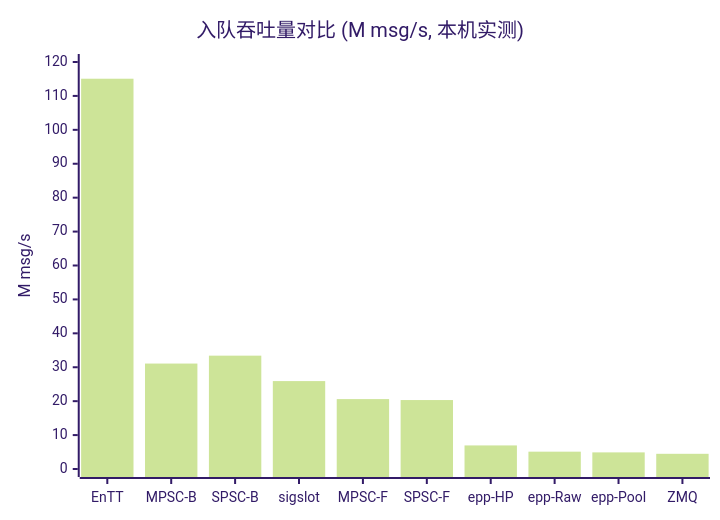
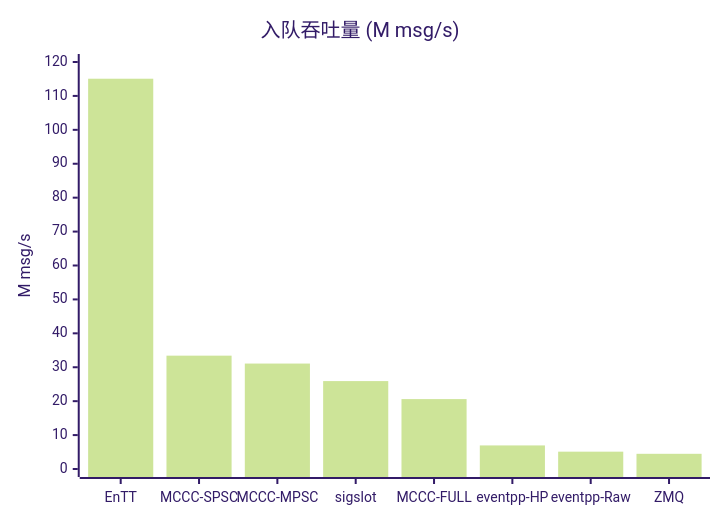
The first of 3 diagrams in content/posts/mccc/MCCC_Competitive_Analysis.md (DeguiLiu/tech-notes), drawn with Mermaid (forest theme) before and after one commit. The commit also changed other lines of this file and 2 other files, not shown here.

````diff
--- a/content/posts/mccc/MCCC_Competitive_Analysis.md
+++ b/content/posts/mccc/MCCC_Competitive_Analysis.md
@@ -144,7 +76,7 @@
 ```mermaid
 xychart-beta
-    title "入队吞吐量对比 (M msg/s, 本机实测)"
-    x-axis ["EnTT", "MPSC-B", "SPSC-B", "sigslot", "MPSC-F", "SPSC-F", "epp-HP", "epp-Raw", "epp-Pool", "ZMQ"]
+    title "入队吞吐量 (M msg/s)"
+    x-axis ["EnTT", "MCCC-SPSC", "MCCC-MPSC", "sigslot", "MCCC-FULL", "eventpp-HP", "eventpp-Raw", "ZMQ"]
     y-axis "M msg/s" 0 --> 120
-    bar [115.07, 31.09, 33.42, 25.92, 20.61, 20.33, 6.95, 5.11, 4.90, 4.48]
+    bar [115.07, 33.42, 31.09, 25.92, 20.61, 6.95, 5.11, 4.48]
 ```
````
